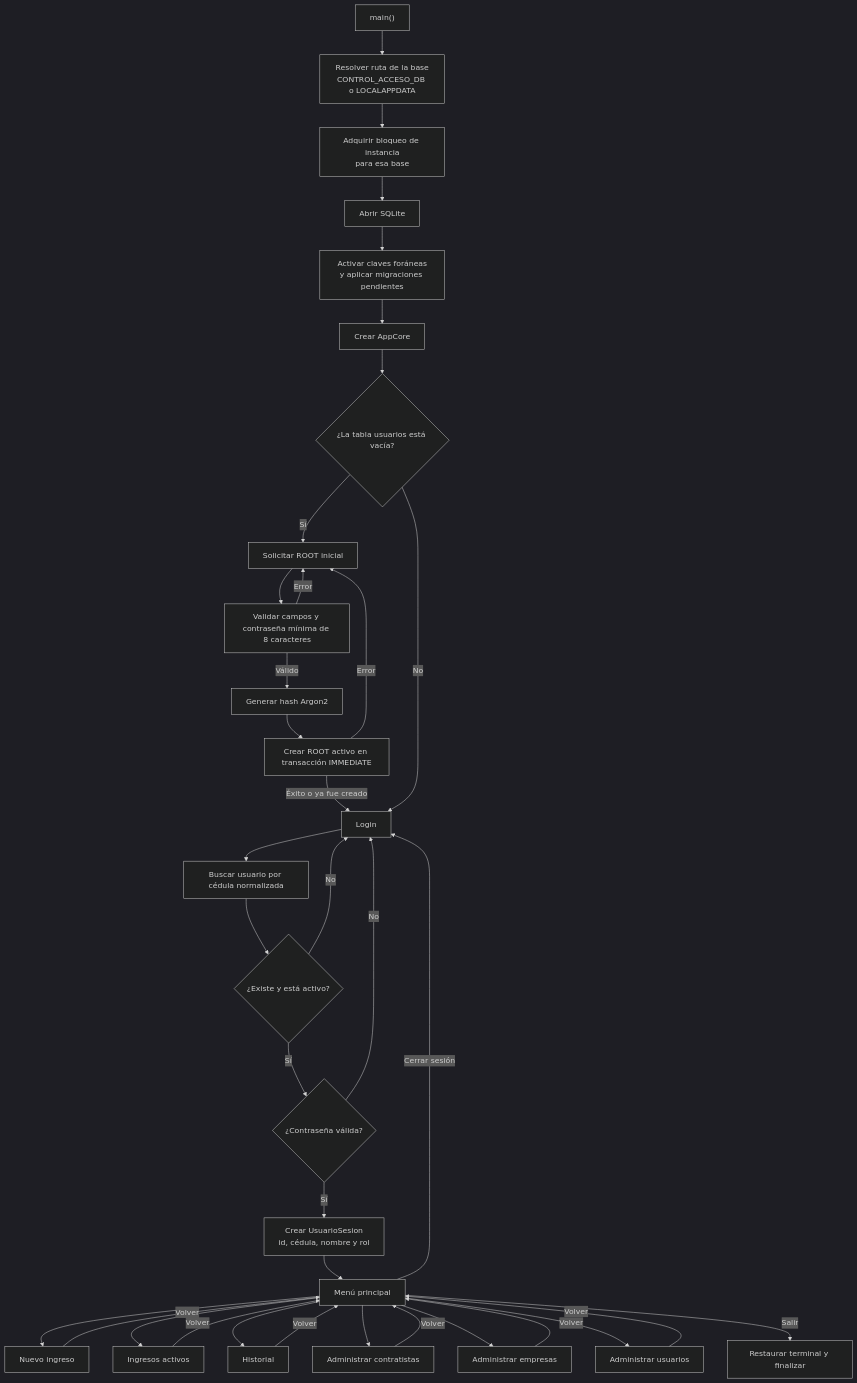
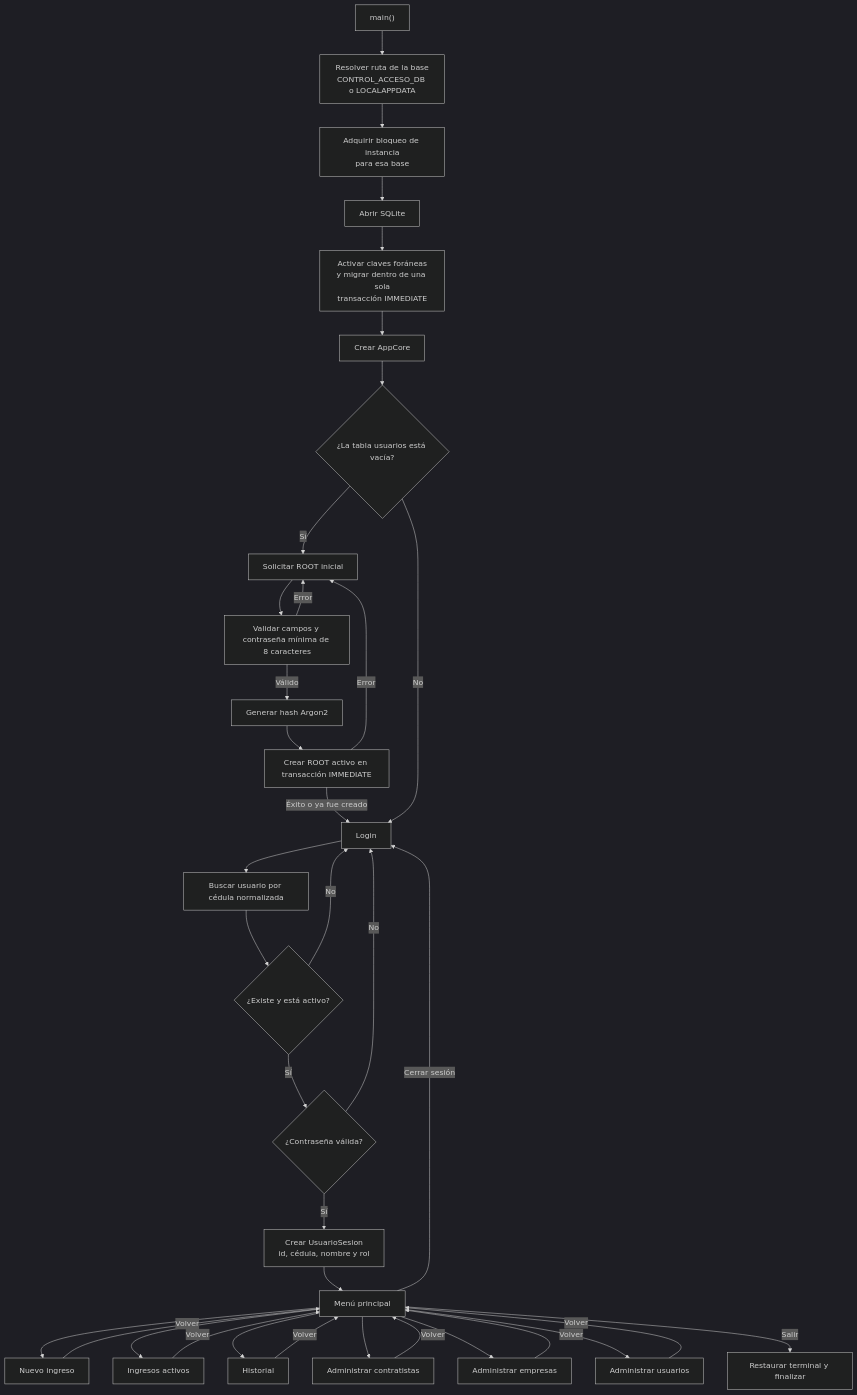
Before and after one commit to DQM27/acceso_CLI: the second of 7 diagrams in docs/diagrama-logico.md, drawn with Mermaid (dark theme). The commit also changed 3 other files, not shown here.

````diff
--- a/docs/diagrama-logico.md
+++ b/docs/diagrama-logico.md
@@ -46,42 +46,42 @@
 ```mermaid
 flowchart TD
     A["main()"] --> B["Resolver ruta de la base<br/>CONTROL_ACCESO_DB o LOCALAPPDATA"]
     B --> BL["Adquirir bloqueo de instancia<br/>para esa base"]
     BL --> C["Abrir SQLite"]
-    C --> D["Activar claves foráneas<br/>y aplicar migraciones pendientes"]
+    C --> D["Activar claves foráneas<br/>y migrar dentro de una sola<br/>transacción IMMEDIATE"]
     D --> E["Crear AppCore"]
     E --> F{"¿La tabla usuarios está vacía?"}
 
     F -->|Sí| G["Solicitar ROOT inicial"]
     G --> H["Validar campos y contraseña mínima de 8 caracteres"]
     H -->|Error| G
     H -->|Válido| I["Generar hash Argon2"]
     I --> J["Crear ROOT activo en transacción IMMEDIATE"]
     J -->|Error| G
     J -->|Éxito o ya fue creado| L["Login"]
 
     F -->|No| L
     L --> M["Buscar usuario por cédula normalizada"]
     M --> N{"¿Existe y está activo?"}
     N -->|No| L
     N -->|Sí| O{"¿Contraseña válida?"}
     O -->|No| L
     O -->|Sí| P["Crear UsuarioSesion<br/>id, cédula, nombre y rol"]
     P --> Q["Menú principal"]
 
     Q --> R["Nuevo ingreso"]
     Q --> S["Ingresos activos"]
     Q --> T["Historial"]
     Q --> V["Administrar contratistas"]
     Q --> W["Administrar empresas"]
     Q --> X["Administrar usuarios"]
 
     R -->|Volver| Q
     S -->|Volver| Q
     T -->|Volver| Q
     V -->|Volver| Q
     W -->|Volver| Q
     X -->|Volver| Q
     Q -->|Cerrar sesión| L
     Q -->|Salir| Z["Restaurar terminal y finalizar"]
 ```
````
